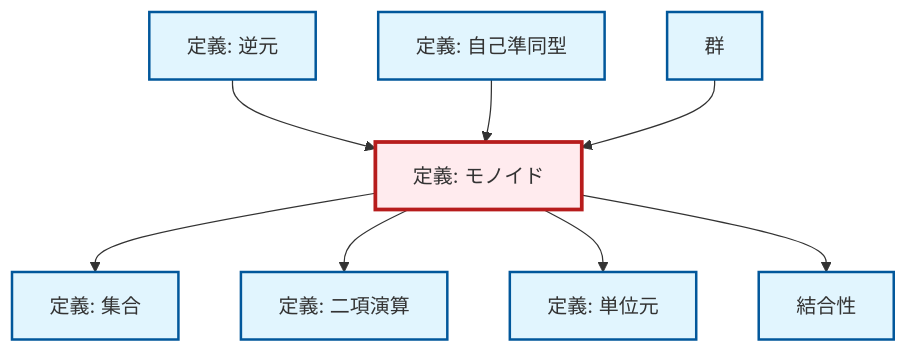
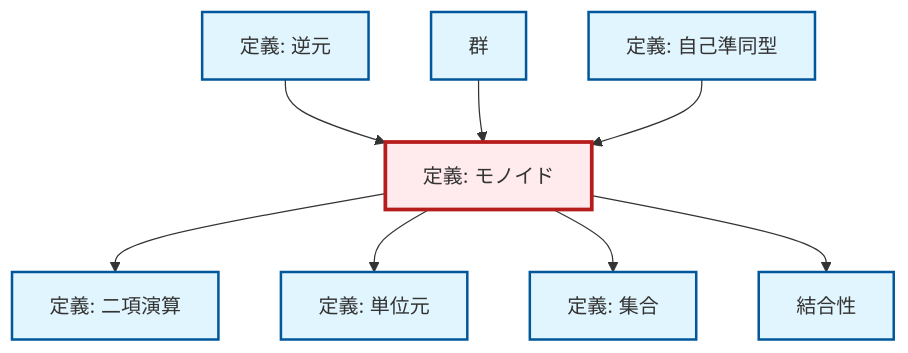
The diagram in content/ja/algebra/def-monoid.qmd (RK0429/ModernMath), drawn with Mermaid before and after one commit. The commit also changed other lines of this file and 328 other files, not shown here.

````diff
--- a/content/ja/algebra/def-monoid.qmd
+++ b/content/ja/algebra/def-monoid.qmd
@@ -82,32 +82,32 @@
 ```{mermaid}
 %%| fig-cap: "ローカル依存関係グラフ"
 graph TD
     classDef definition fill:#e1f5fe,stroke:#01579b,stroke-width:2px
     classDef theorem fill:#f3e5f5,stroke:#4a148c,stroke-width:2px
     classDef axiom fill:#fff3e0,stroke:#e65100,stroke-width:2px
     classDef example fill:#e8f5e9,stroke:#1b5e20,stroke-width:2px
     classDef current fill:#ffebee,stroke:#b71c1c,stroke-width:3px
+    def-endomorphism["定義: 自己準同型"]:::definition
+    def-identity-element["定義: 単位元"]:::definition
     def-set["定義: 集合"]:::definition
     def-inverse-element["定義: 逆元"]:::definition
+    def-group["群"]:::definition
     def-binary-operation["定義: 二項演算"]:::definition
     def-monoid["定義: モノイド"]:::definition
-    def-endomorphism["定義: 自己準同型"]:::definition
-    def-identity-element["定義: 単位元"]:::definition
-    def-group["群"]:::definition
     def-associativity["結合性"]:::definition
-    def-inverse-element --> def-monoid
-    def-monoid --> def-set
-    def-endomorphism --> def-monoid
     def-monoid --> def-binary-operation
     def-monoid --> def-identity-element
+    def-monoid --> def-set
+    def-inverse-element --> def-monoid
     def-group --> def-monoid
+    def-endomorphism --> def-monoid
     def-monoid --> def-associativity
     class def-monoid current
+    click def-endomorphism "def-endomorphism.html" "自己準同型の定義へ"
+    click def-identity-element "def-identity-element.html" "単位元の定義へ"
     click def-set "def-set.html" "集合の定義へ"
     click def-inverse-element "def-inverse-element.html" "逆元の定義へ"
+    click def-group "def-group.html" "群へ"
     click def-binary-operation "def-binary-operation.html" "二項演算の定義へ"
-    click def-endomorphism "def-endomorphism.html" "自己準同型の定義へ"
-    click def-identity-element "def-identity-element.html" "単位元の定義へ"
-    click def-group "def-group.html" "群へ"
     click def-associativity "def-associativity.html" "結合性へ"
 ```
````
